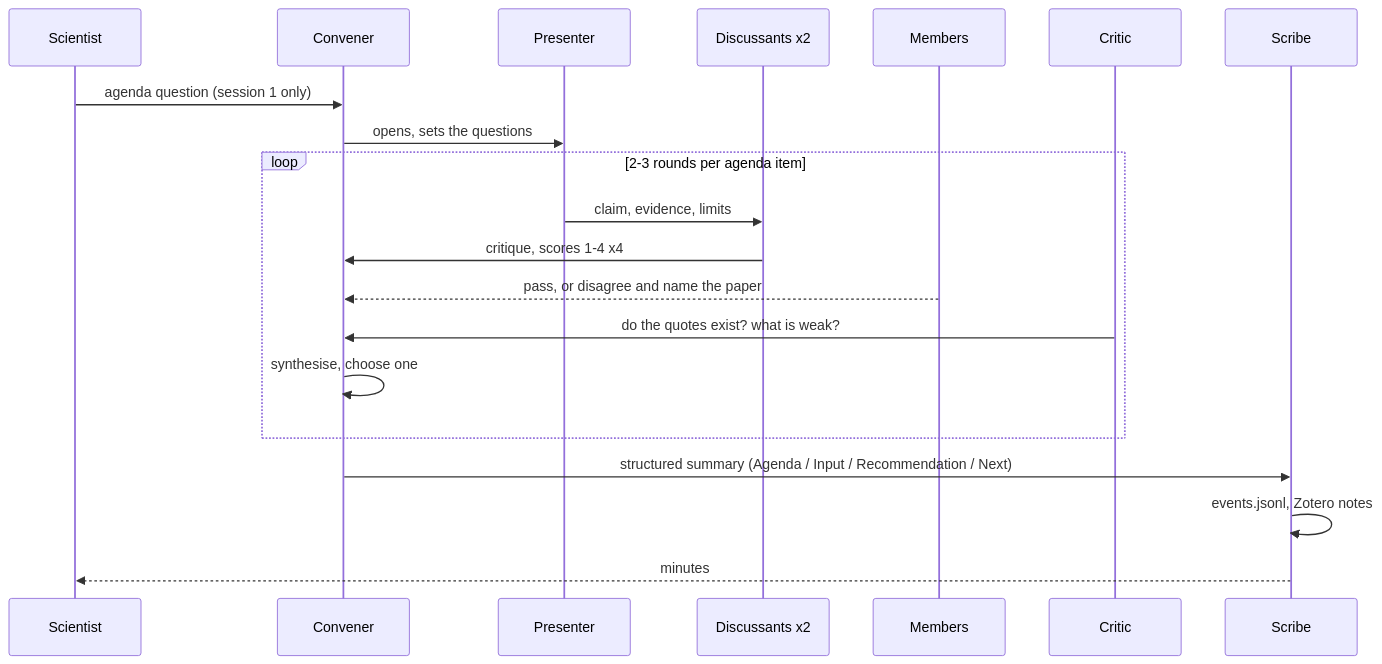
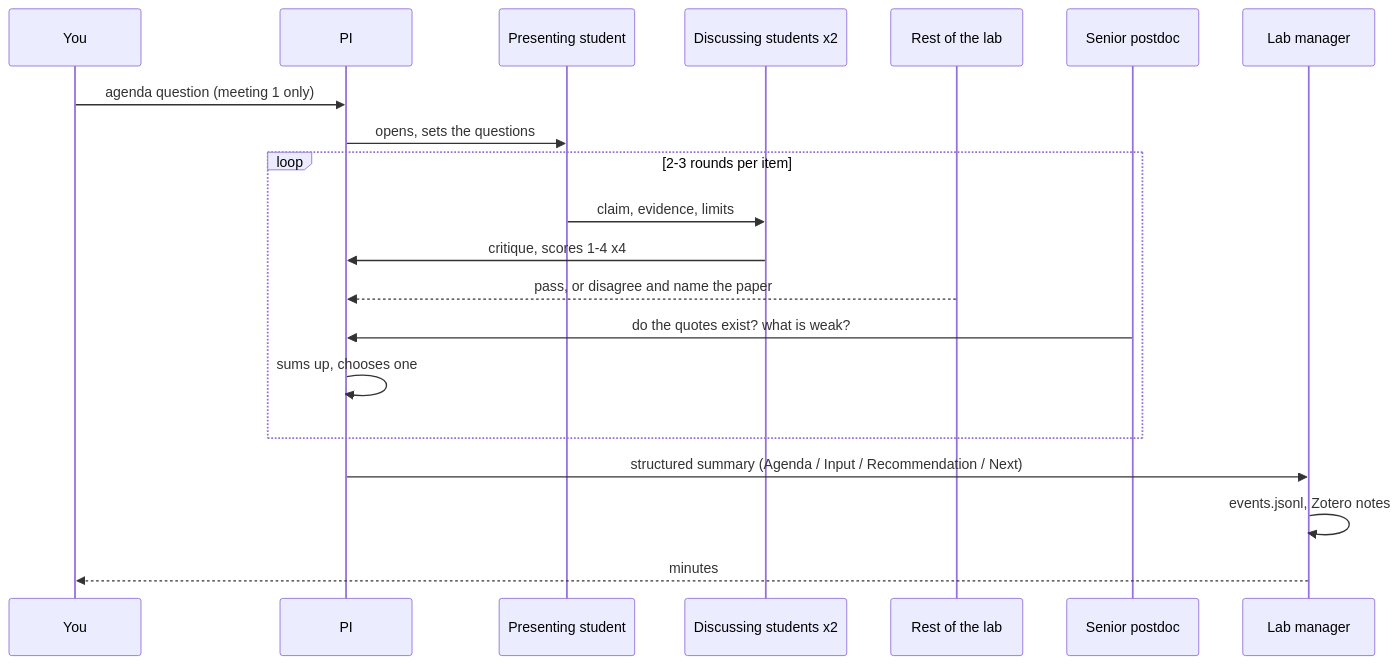
The first of 2 diagrams in research/review/organisation_diagram.md (jackysiupuichung/temp), drawn with Mermaid before and after one commit. The commit also changed other lines of this file and 2 other files, not shown here.

Commit message:
Use familiar lab roles: PI, senior postdoc, lab manager, PhD students

````diff
--- a/research/review/organisation_diagram.md
+++ b/research/review/organisation_diagram.md
@@ -25,26 +26,26 @@
 ```mermaid
 sequenceDiagram
-    accTitle: One session of the lab
-    accDescr: The scientist gives the agenda question. The convener opens and sets the questions. For each agenda item the presenter speaks, two discussants score, members may pass or disagree, the critic checks, and the convener synthesises, for two or three rounds. The convener's summary goes to the scribe, who writes the event log, Zotero notes and minutes.
+    accTitle: One lab meeting
+    accDescr: You give the agenda question. The PI opens and sets the questions. For each item the presenting student speaks, two discussing students score, the rest of the lab may pass or disagree, the postdoc checks, and the PI sums up, for two or three rounds. The PI's summary goes to the lab manager, who writes the event log, Zotero notes and minutes.
 
-    participant S as Scientist
-    participant C as Convener
-    participant P as Presenter
-    participant D as Discussants x2
-    participant M as Members
-    participant K as Critic
-    participant W as Scribe
+    participant Y as You
+    participant PI as PI
+    participant P as Presenting student
+    participant D as Discussing students x2
+    participant L as Rest of the lab
+    participant X as Senior postdoc
+    participant M as Lab manager
 
-    S->>C: agenda question (session 1 only)
-    C->>P: opens, sets the questions
-    loop 2-3 rounds per agenda item
+    Y->>PI: agenda question (meeting 1 only)
+    PI->>P: opens, sets the questions
+    loop 2-3 rounds per item
         P->>D: claim, evidence, limits
-        D->>C: critique, scores 1-4 x4
-        M-->>C: pass, or disagree and name the paper
-        K->>C: do the quotes exist? what is weak?
-        C->>C: synthesise, choose one
+        D->>PI: critique, scores 1-4 x4
+        L-->>PI: pass, or disagree and name the paper
+        X->>PI: do the quotes exist? what is weak?
+        PI->>PI: sums up, chooses one
     end
-    C->>W: structured summary (Agenda / Input / Recommendation / Next)
-    W->>W: events.jsonl, Zotero notes
-    W-->>S: minutes
+    PI->>M: structured summary (Agenda / Input / Recommendation / Next)
+    M->>M: events.jsonl, Zotero notes
+    M-->>Y: minutes
 ```
````
